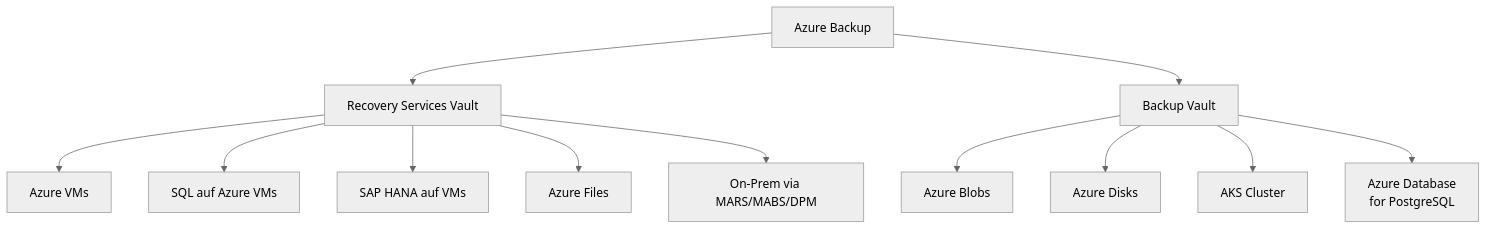
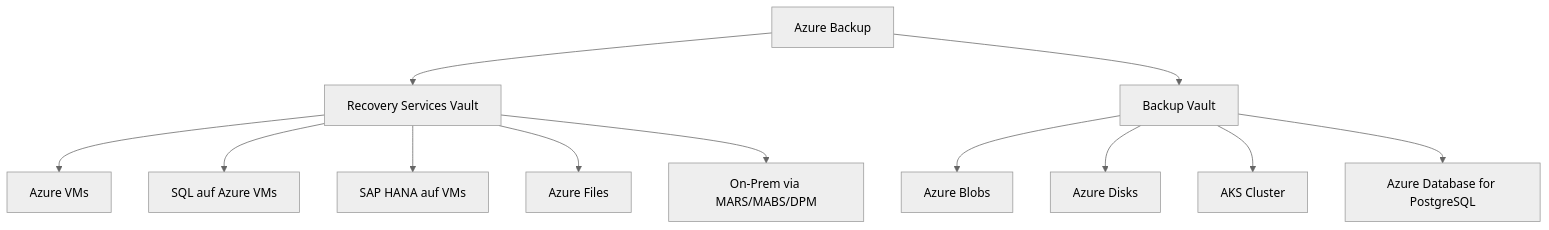
The first of 5 diagrams in Microsoft 365/Azure/Monitor und Management/Azure Backup.md (SoniiiT/notes-n-docs), drawn with Mermaid (neutral theme) before and after one commit. The commit also changed other lines of this file and 124 other files, not shown here.

First line of the commit message:
fix: Entferne \n aus allen Mermaid-Diagrammen (125 Dateien)

````diff
--- a/Microsoft 365/Azure/Monitor und Management/Azure Backup.md
+++ b/Microsoft 365/Azure/Monitor und Management/Azure Backup.md
@@ -31,14 +31,14 @@
 ```mermaid
 graph TD
     A[Azure Backup] --> B[Recovery Services Vault]
     A --> C[Backup Vault]
     B --> D[Azure VMs]
     B --> E[SQL auf Azure VMs]
     B --> F[SAP HANA auf VMs]
     B --> G[Azure Files]
     B --> H[On-Prem via MARS/MABS/DPM]
     C --> I[Azure Blobs]
     C --> J[Azure Disks]
     C --> K[AKS Cluster]
-    C --> L[Azure Database\nfor PostgreSQL]
+    C --> L[Azure Database for PostgreSQL]
 ```
````
